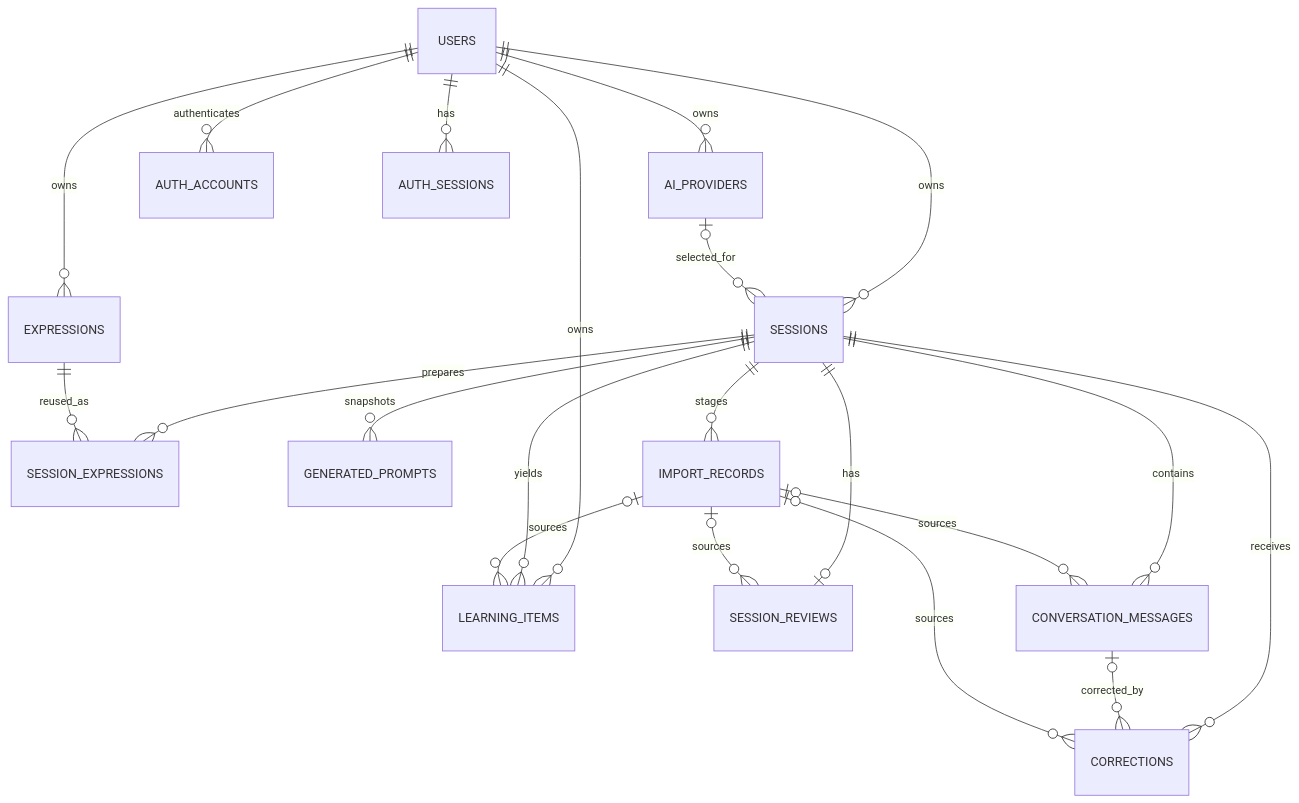
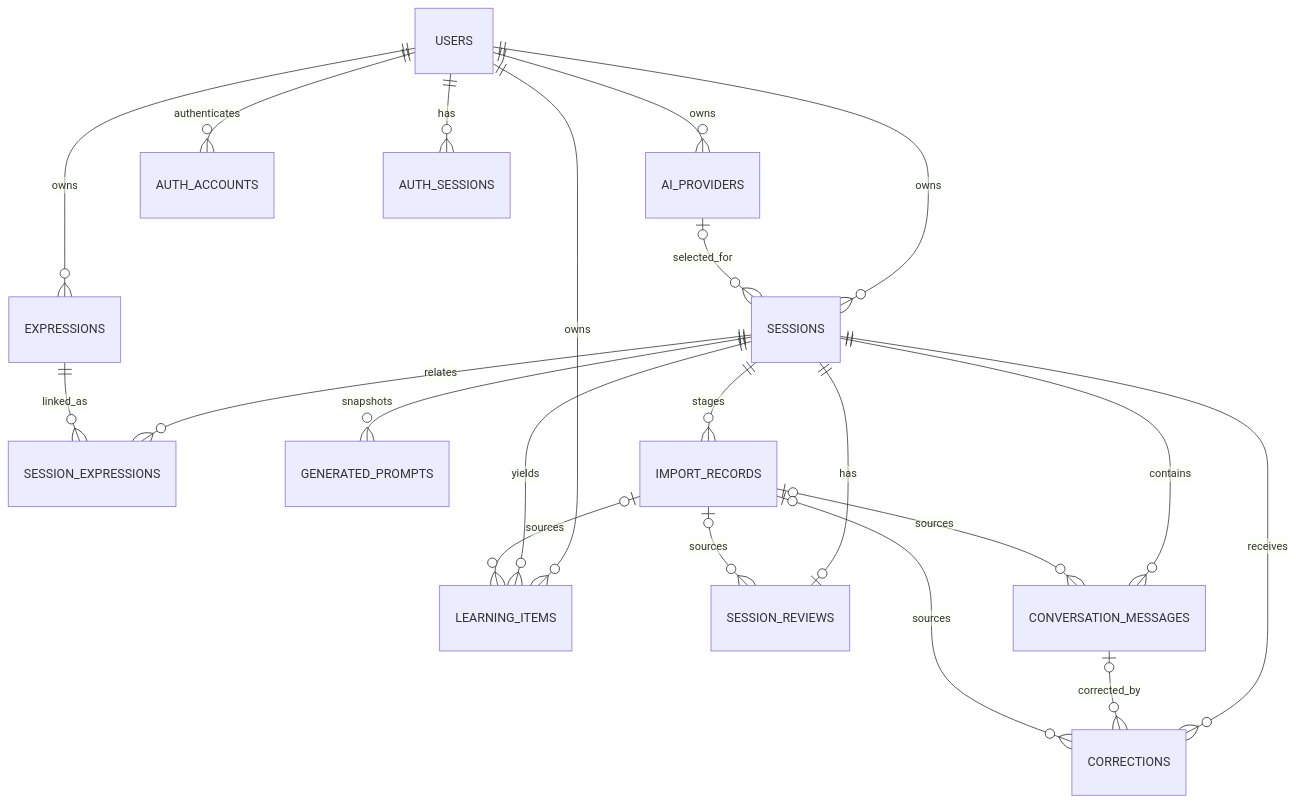
Before and after one commit to kanato-tk51/talk-craft: the second of 3 diagrams in docs/product-design.md, drawn with Mermaid. The commit also changed other lines of this file and 31 other files, not shown here.

````diff
--- a/docs/product-design.md
+++ b/docs/product-design.md
@@ -150,23 +151,23 @@
 ```mermaid
 erDiagram
   USERS ||--o{ AI_PROVIDERS : owns
   USERS ||--o{ SESSIONS : owns
   USERS ||--o{ EXPRESSIONS : owns
   USERS ||--o{ LEARNING_ITEMS : owns
   USERS ||--o{ AUTH_ACCOUNTS : authenticates
   USERS ||--o{ AUTH_SESSIONS : has
   AI_PROVIDERS o|--o{ SESSIONS : selected_for
-  SESSIONS ||--o{ SESSION_EXPRESSIONS : prepares
-  EXPRESSIONS ||--o{ SESSION_EXPRESSIONS : reused_as
+  SESSIONS ||--o{ SESSION_EXPRESSIONS : relates
+  EXPRESSIONS ||--o{ SESSION_EXPRESSIONS : linked_as
   SESSIONS ||--o{ GENERATED_PROMPTS : snapshots
   SESSIONS ||--o{ IMPORT_RECORDS : stages
   SESSIONS ||--o| SESSION_REVIEWS : has
   SESSIONS ||--o{ CONVERSATION_MESSAGES : contains
   SESSIONS ||--o{ CORRECTIONS : receives
   CONVERSATION_MESSAGES o|--o{ CORRECTIONS : corrected_by
   SESSIONS ||--o{ LEARNING_ITEMS : yields
   IMPORT_RECORDS o|--o{ SESSION_REVIEWS : sources
   IMPORT_RECORDS o|--o{ CONVERSATION_MESSAGES : sources
   IMPORT_RECORDS o|--o{ CORRECTIONS : sources
   IMPORT_RECORDS o|--o{ LEARNING_ITEMS : sources
 ```
````
